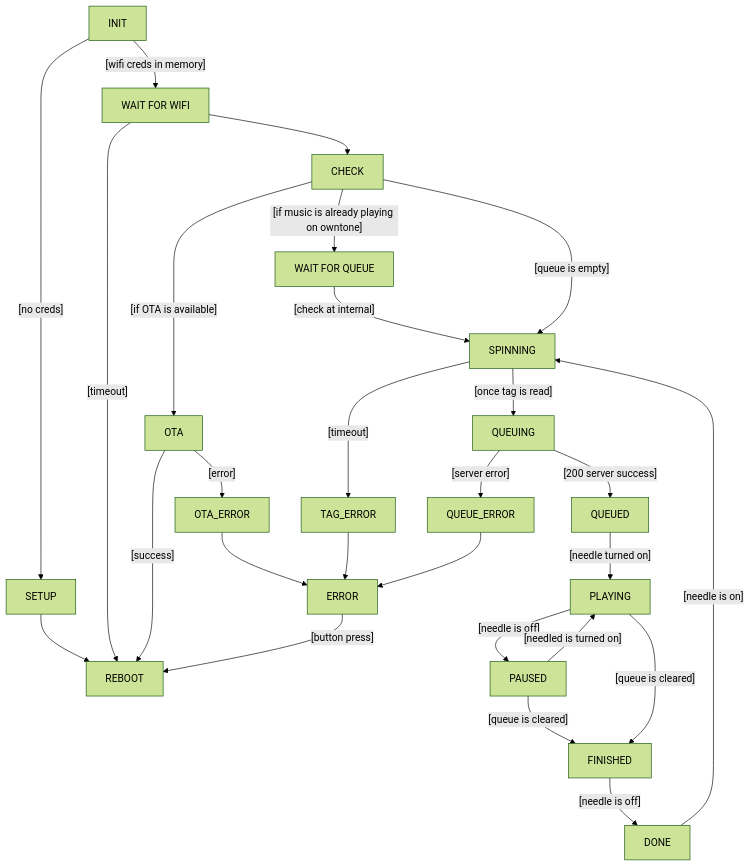
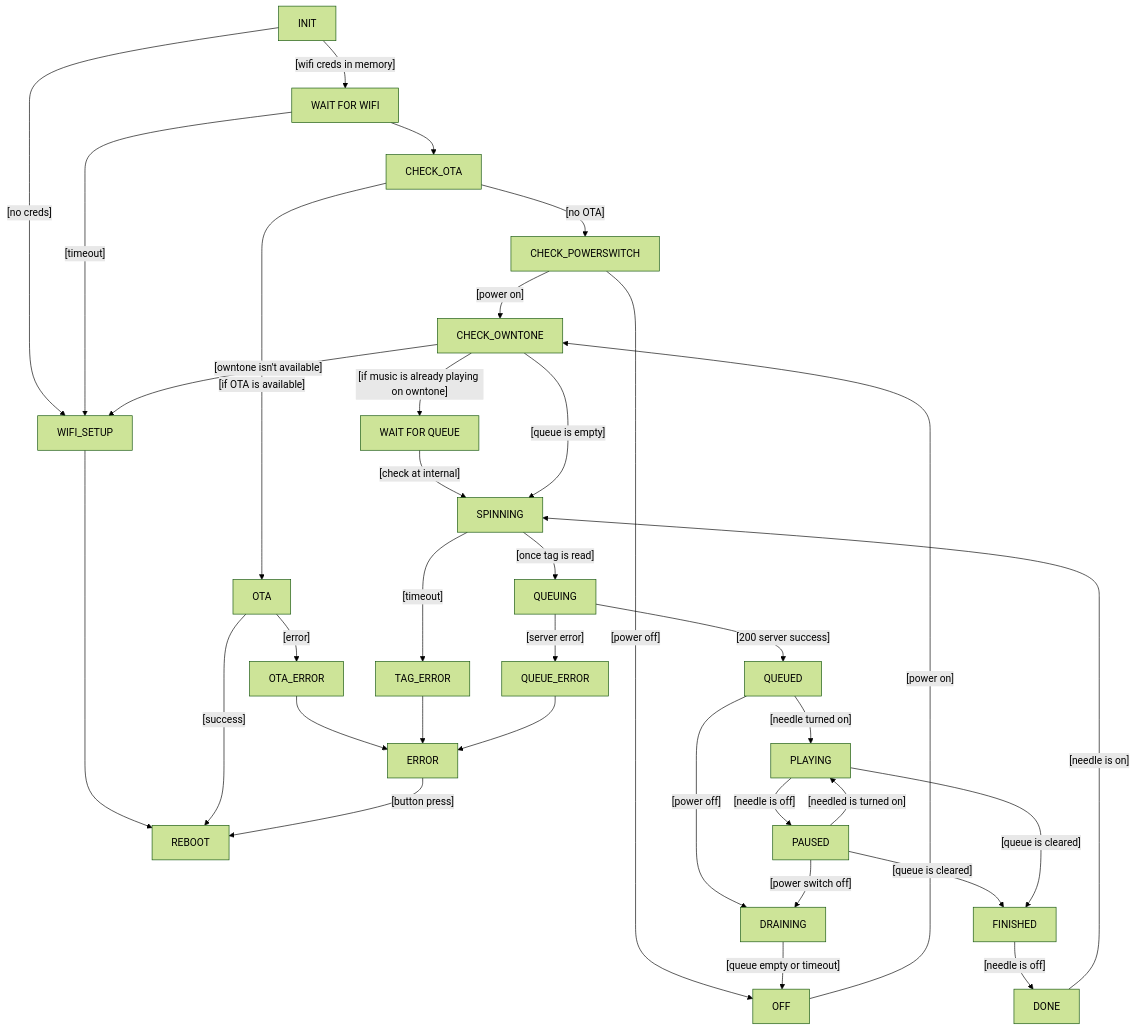
The diagram in documents/statemachine.md (matthewfcarlson/vyknoll), drawn with Mermaid (forest theme) before and after one commit. The commit also changed 13 other files, not shown here.

````diff
--- a/documents/statemachine.md
+++ b/documents/statemachine.md
@@ -5,31 +5,39 @@
 ```mermaid
 graph TD
+WAITING_FOR_WIFI[WAIT FOR WIFI]
 INIT--[wifi creds in memory]-->WAITING_FOR_WIFI
-INIT --[no creds]-->SETUP
-SETUP --> REBOOT
-WAITING_FOR_WIFI[WAIT FOR WIFI]
-WAITING_FOR_WIFI --[timeout]-->REBOOT
-WAITING_FOR_WIFI --> CHECK
+INIT --[no creds]-->WIFI_SETUP
+WIFI_SETUP --> REBOOT
+WAITING_FOR_WIFI --[timeout] --> WIFI_SETUP
+WAITING_FOR_WIFI --> CHECK_OTA
 WAITING_FOR_QUEUE[WAIT FOR QUEUE]
-CHECK --[if OTA is available]-->OTA
+CHECK_OTA --[if OTA is available]-->OTA
+CHECK_OTA --[no OTA] --> CHECK_POWERSWITCH
+CHECK_POWERSWITCH --[power on]-->CHECK_OWNTONE
+CHECK_POWERSWITCH --[power off]-->OFF
+OFF --[power on]-->CHECK_OWNTONE
 OTA --[error]-->OTA_ERROR
 OTA_ERROR --> ERROR
+CHECK_OWNTONE --[owntone isn't available]--> WIFI_SETUP
 OTA --[success]-->REBOOT
 ERROR --[button press]-->REBOOT
-CHECK --[if music is already playing on owntone]-->WAITING_FOR_QUEUE
+CHECK_OWNTONE --[if music is already playing on owntone]-->WAITING_FOR_QUEUE
 WAITING_FOR_QUEUE --[check at internal]-->SPINNING
-CHECK --[queue is empty]-->SPINNING
+CHECK_OWNTONE --[queue is empty]-->SPINNING
 SPINNING --[once tag is read]-->QUEUING
 SPINNING --[timeout]--> TAG_ERROR
 TAG_ERROR --> ERROR
 QUEUING --[200 server success]--> QUEUED
 QUEUING --[server error]--> QUEUE_ERROR
 QUEUE_ERROR --> ERROR
 QUEUED --[needle turned on]--> PLAYING
+QUEUED --[power off]-->DRAINING
+DRAINING --[queue empty or timeout] --> OFF
 PLAYING --[needle is off]--> PAUSED
 PAUSED --[needled is turned on]--> PLAYING
+PAUSED --[power switch off] --> DRAINING
 PAUSED --[queue is cleared]--> FINISHED
 PLAYING --[queue is cleared]--> FINISHED
 FINISHED --[needle is off]--> DONE
 DONE --[needle is on]--> SPINNING
 ```
````
